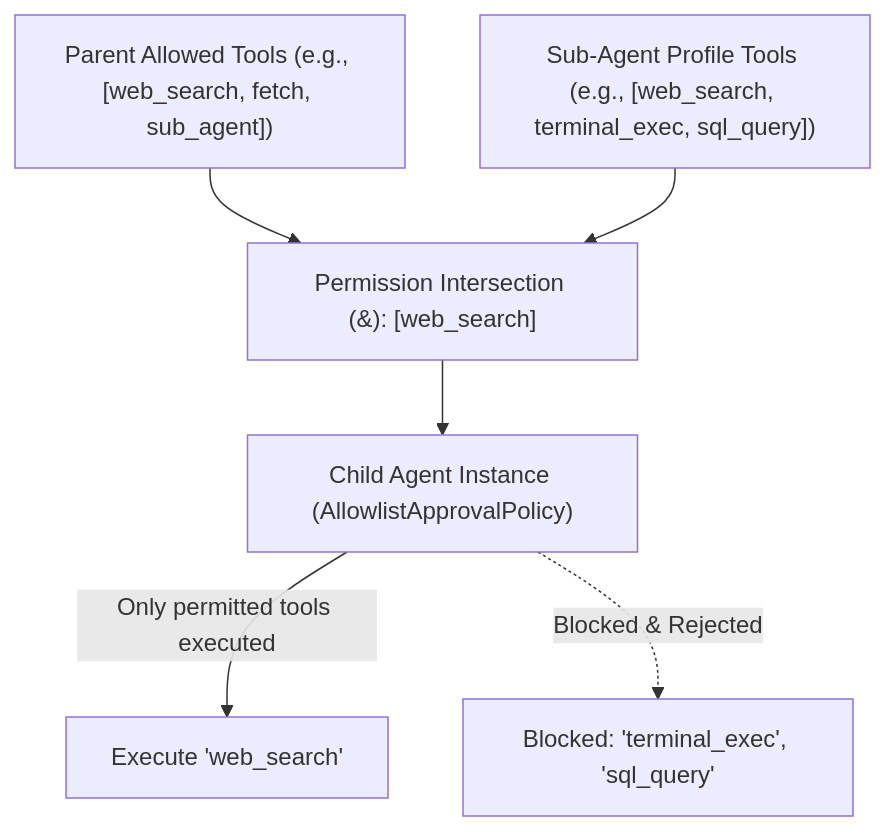
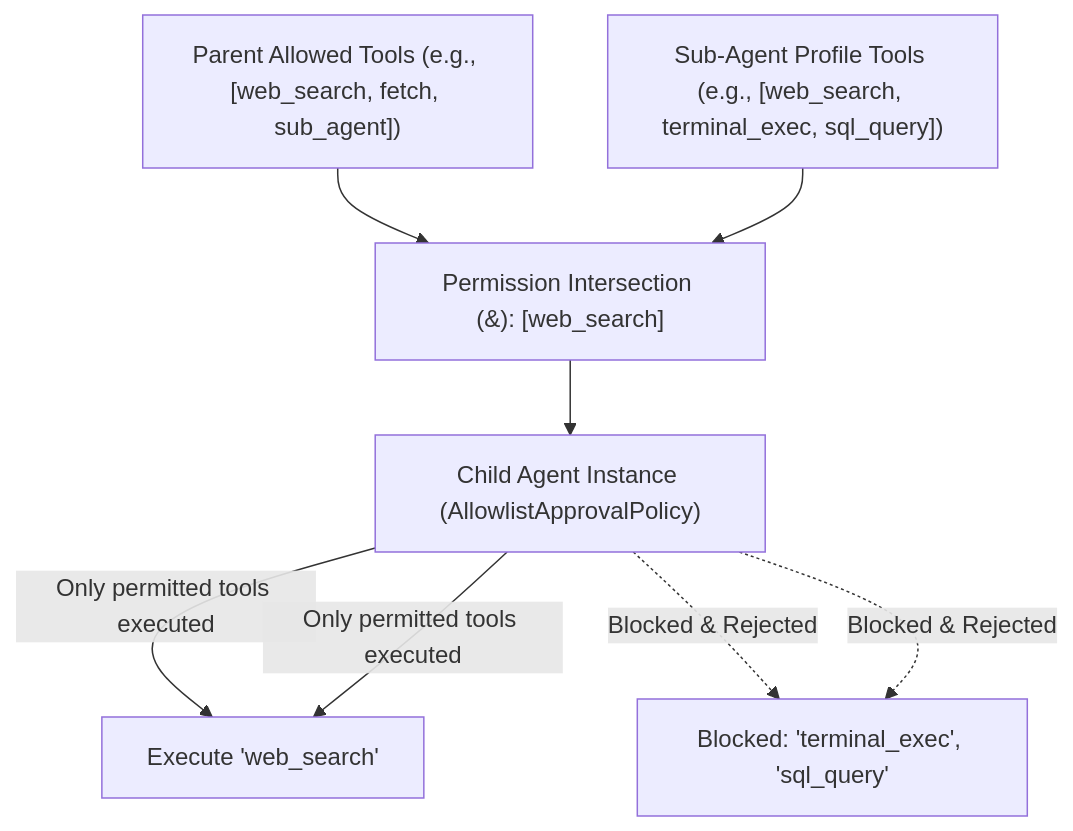
Before and after one commit to dbracewell/Asterism: the third of 3 diagrams in architecture/tool-authorization.md, drawn with Mermaid. The commit also changed 3 other files, not shown here.

````diff
--- a/architecture/tool-authorization.md
+++ b/architecture/tool-authorization.md
@@ -206,16 +206,18 @@
 ```mermaid
 flowchart TD
     ParentAllowed["Parent Allowed Tools (e.g., [web_search, fetch, sub_agent])"]
     SubProfileAllowed["Sub-Agent Profile Tools (e.g., [web_search, terminal_exec, sql_query])"]
 
     Intersect["Permission Intersection (&): [web_search]"]
 
     SubAgentInstance["Child Agent Instance (AllowlistApprovalPolicy)"]
 
     ParentAllowed --> Intersect
     SubProfileAllowed --> Intersect
     Intersect --> SubAgentInstance
 
     SubAgentInstance -->|Only permitted tools executed| ExecApproved["Execute 'web_search'"]
     SubAgentInstance -.->|Blocked & Rejected| ExecBlocked["Blocked: 'terminal_exec', 'sql_query'"]
+    SubAgentInstance -->|"Only permitted tools executed"| ExecApproved["Execute 'web_search'"]
+    SubAgentInstance -.->|"Blocked & Rejected"| ExecBlocked["Blocked: 'terminal_exec', 'sql_query'"]
 ```
````
